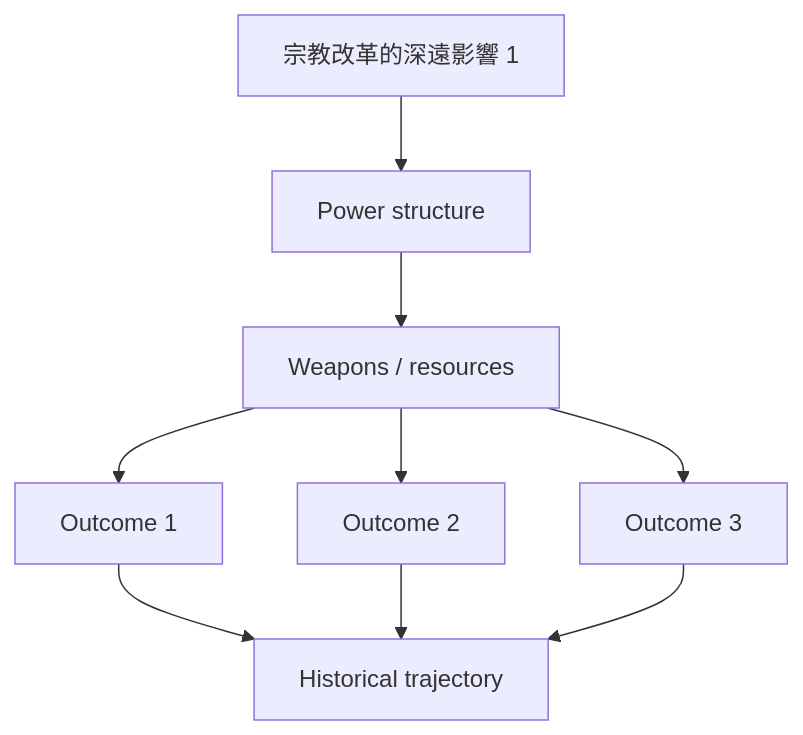
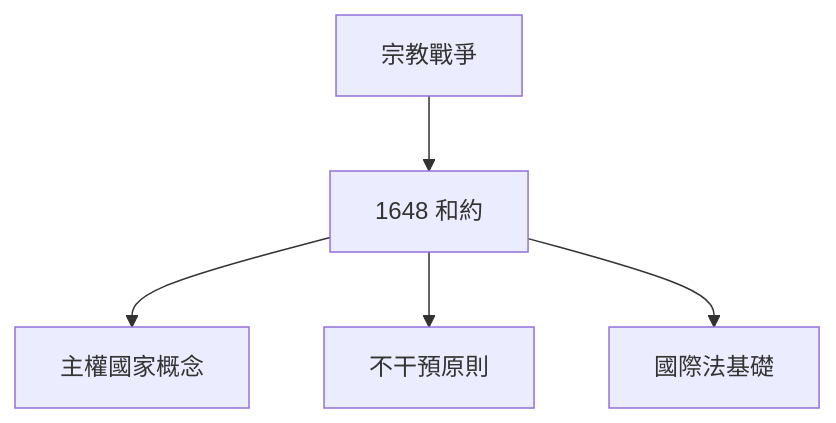
Before and after one commit to yip-lgtm/HKU-Harvard-History-Self-Study: the first of 7 diagrams in 01_HKU_Courses/HIST2079_Early_modern_Europe.md, drawn with Mermaid. The commit also changed other lines of this file and 48 other files, not shown here.

````diff
--- a/01_HKU_Courses/HIST2079_Early_modern_Europe.md
+++ b/01_HKU_Courses/HIST2079_Early_modern_Europe.md
@@ -107,11 +90,7 @@
 ```mermaid
-graph TD
-    A[宗教改革的深遠影響 1] --> B[Power structure]
-    B --> C[Weapons / resources]
-    C --> D[Outcome 1]
-    C --> E[Outcome 2]
-    C --> F[Outcome 3]
-    D --> G[Historical trajectory]
-    E --> G
-    F --> G
+flowchart TD
+    A[宗教戰爭] --> B[1648 和約]
+    B --> C[主權國家概念]
+    B --> D[不干預原則]
+    B --> E[國際法基礎]
 ```
````
